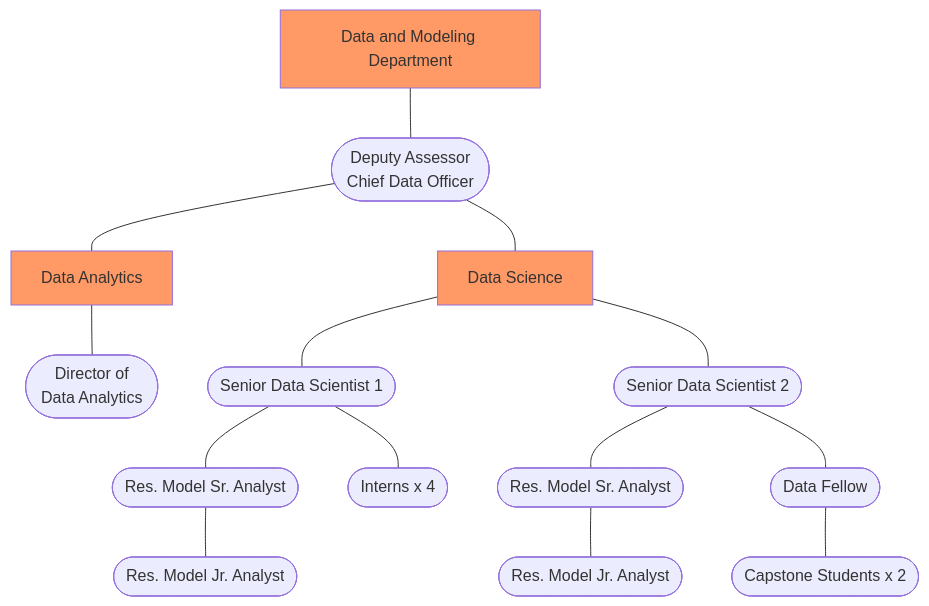
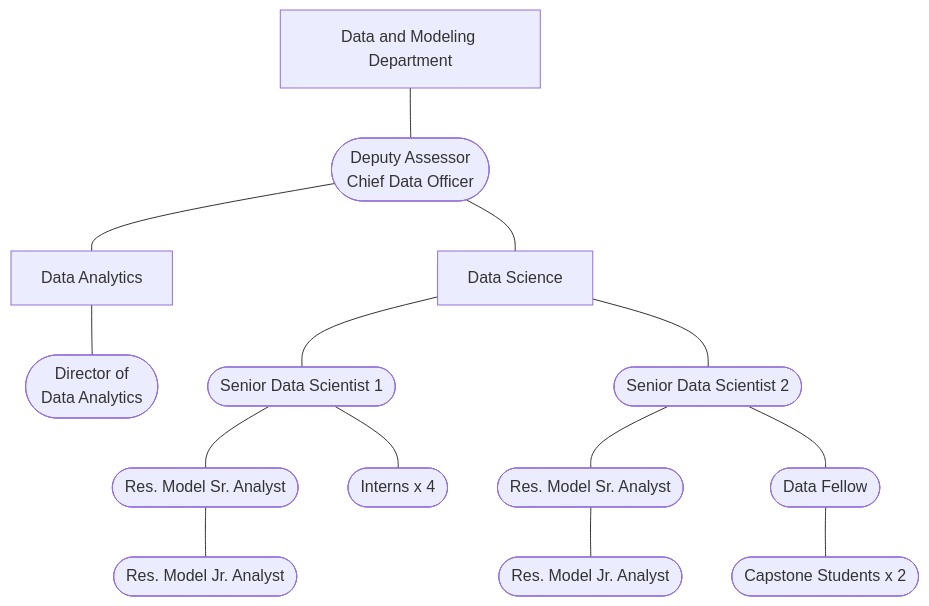
The diagram in handbook.md (ccao-data/wiki), drawn with Mermaid before and after one commit. The commit also changed other lines of this file, not shown here.

Commit message:
docs: update handbook

````diff
--- a/handbook.md
+++ b/handbook.md
@@ -106,22 +106,20 @@
 ```mermaid
 graph TD
   TOP[Data and Modeling Department] --- CDO([Deputy Assessor<br>Chief Data Officer])
 	CDO --- DS[Data Science]
 	CDO --- DA[Data Analytics]
 
   DA --- DIRDAA([Director of<br>Data Analytics])
 
   DS --- SENDS1([Senior Data Scientist 1])
   SENDS1 --- RMODSR1([Res. Model Sr. Analyst])
   RMODSR1 --- RMODJR1([Res. Model Jr. Analyst])
   SENDS1 --- INTERNS([Interns x 4])
 
   DS --- SENDS2([Senior Data Scientist 2])
   SENDS2 --- RMODSR2([Res. Model Sr. Analyst])
   RMODSR2 --- RMODJR2([Res. Model Jr. Analyst])
   SENDS2 --- FELLOW([Data Fellow])
   FELLOW --- CAPSTONE([Capstone Students x 2])
 
-  classDef org fill:#f96;
-  class TOP,DS,DA org;
 ```
````
